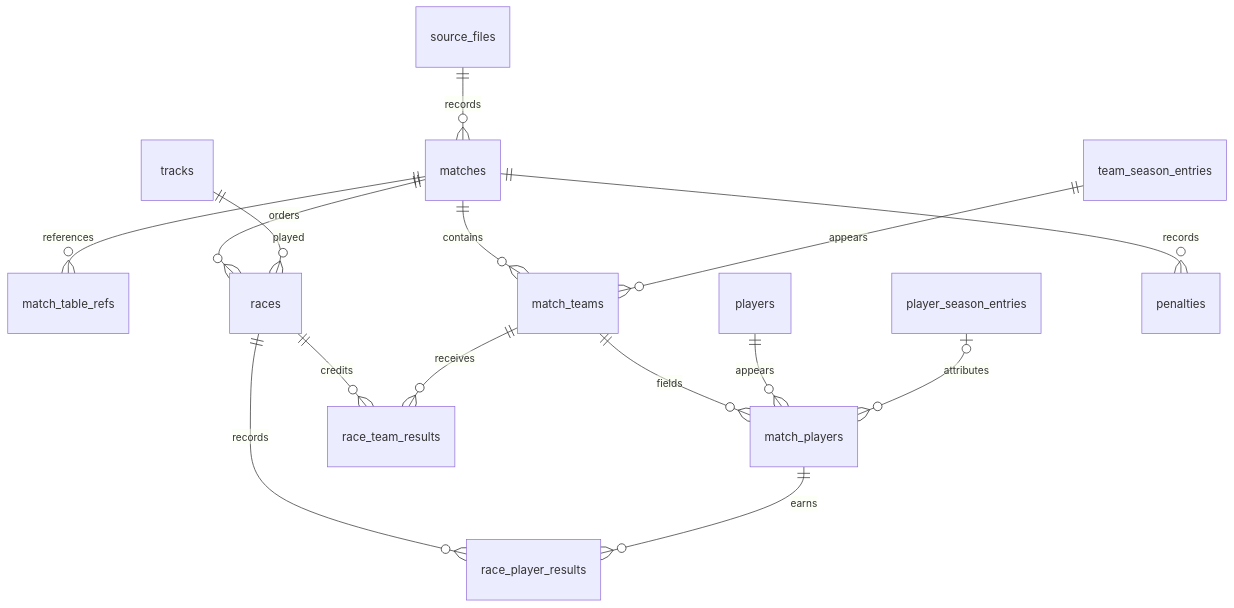
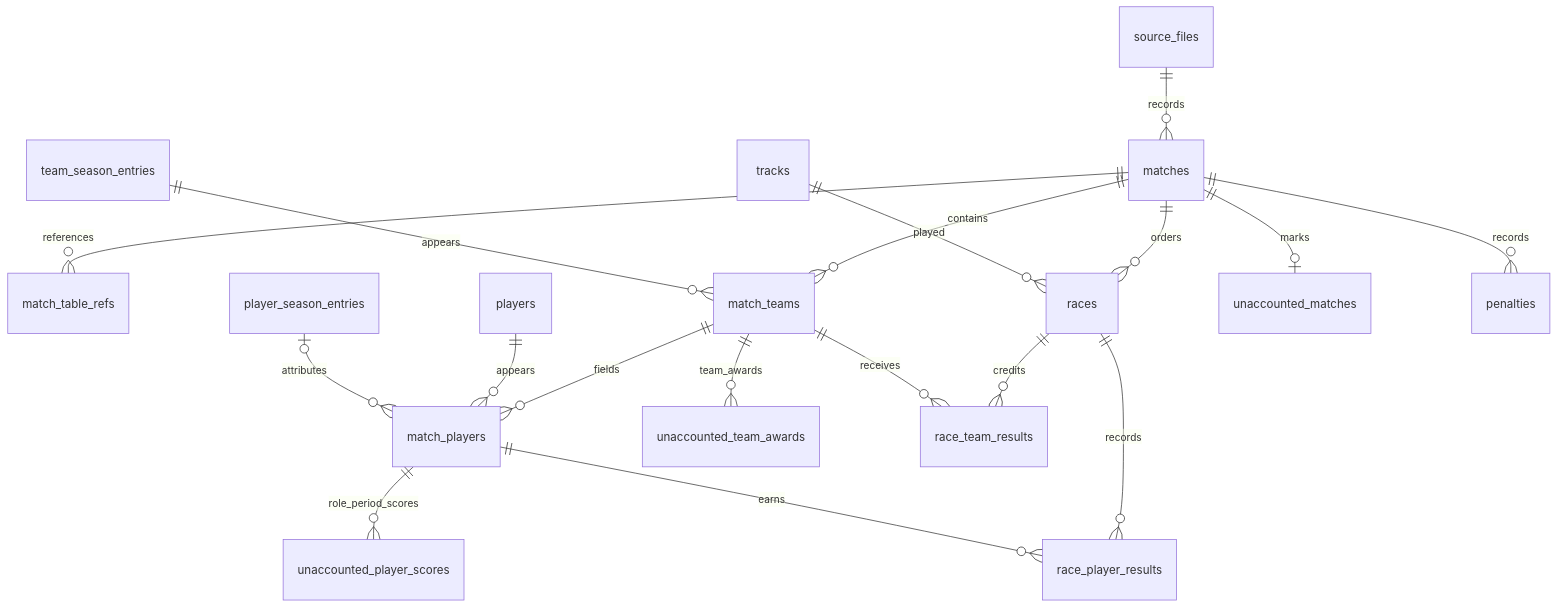
The third of 6 diagrams in docs/architecture/data-model.md (Revengestyle6/ctcMKWIIstatswebsite), drawn with Mermaid before and after one commit. The commit also changed other lines of this file and 44 other files, not shown here.

````diff
--- a/docs/architecture/data-model.md
+++ b/docs/architecture/data-model.md
@@ -128,17 +128,20 @@
 ```mermaid
 erDiagram
     source_files ||--o{ matches : records
     matches ||--o{ match_table_refs : references
     matches ||--o{ match_teams : contains
     team_season_entries ||--o{ match_teams : appears
     match_teams ||--o{ match_players : fields
     players ||--o{ match_players : appears
     player_season_entries o|--o{ match_players : attributes
     matches ||--o{ races : orders
+    matches ||--o| unaccounted_matches : marks
+    match_players ||--o{ unaccounted_player_scores : role_period_scores
+    match_teams ||--o{ unaccounted_team_awards : team_awards
     tracks ||--o{ races : played
     races ||--o{ race_player_results : records
     match_players ||--o{ race_player_results : earns
     races ||--o{ race_team_results : credits
     match_teams ||--o{ race_team_results : receives
     matches ||--o{ penalties : records
 ```
````
